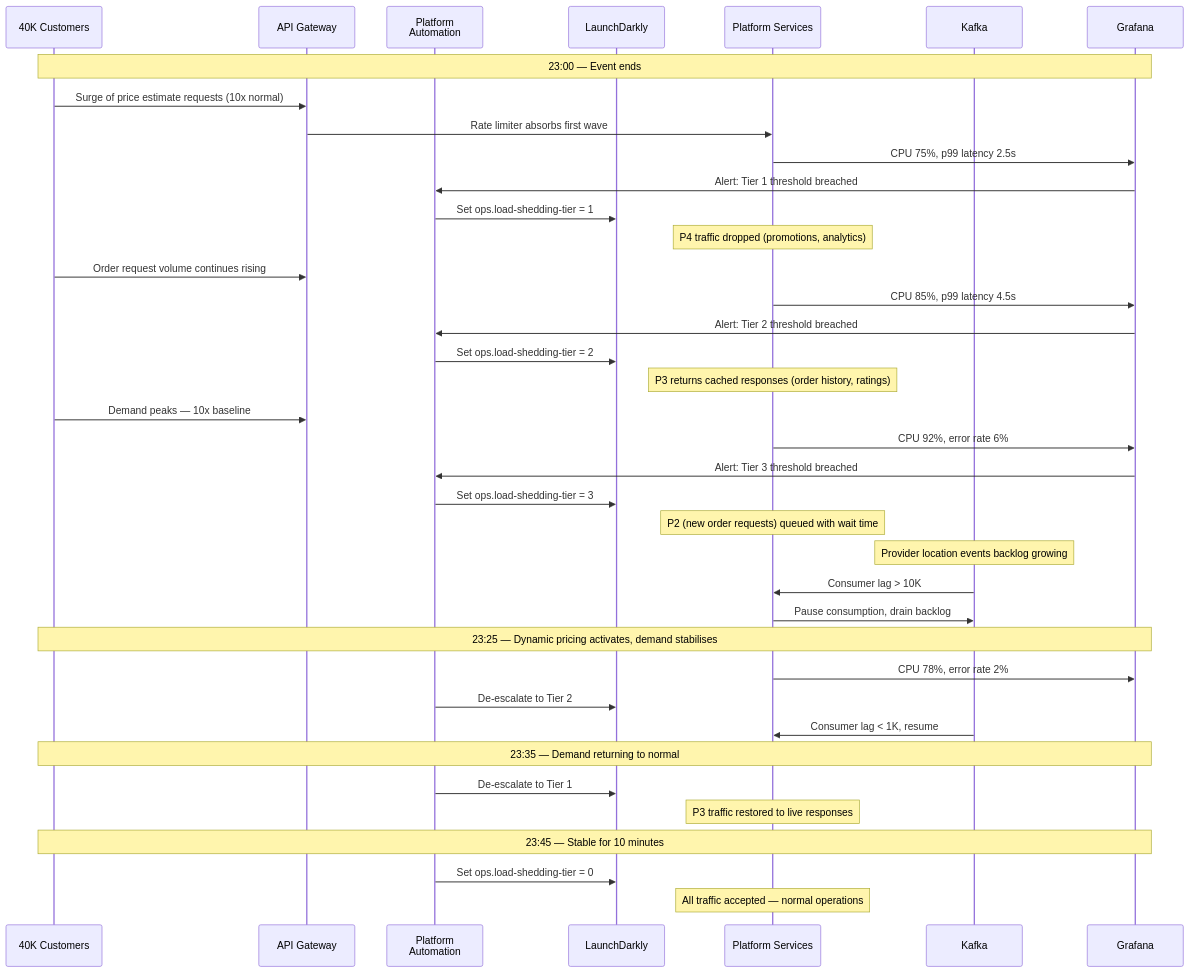
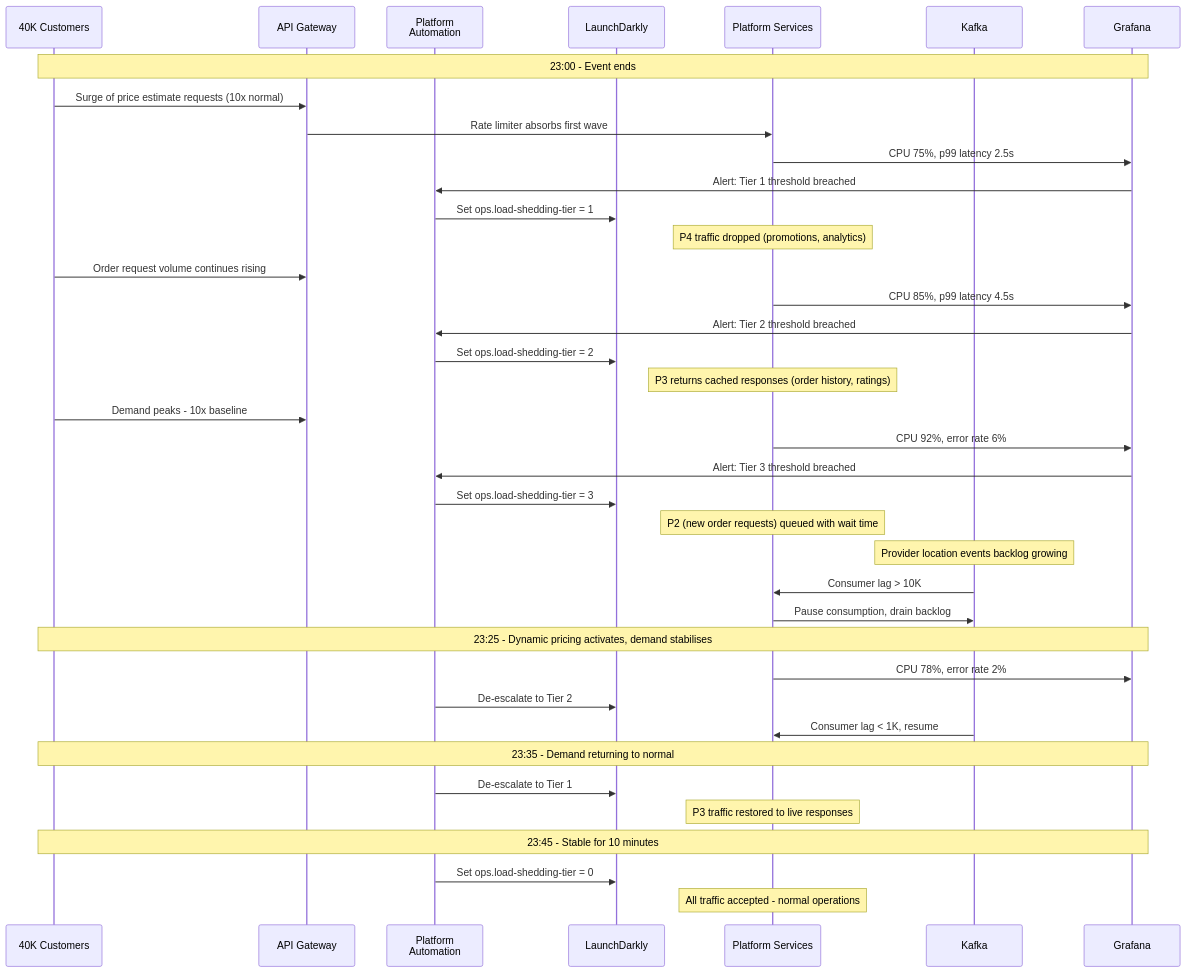
Before and after one commit to rishikeshdhokare/platform-manifesto: the third of 4 diagrams in 05-operational-excellence/05-load-shedding.md, drawn with Mermaid. The commit also changed other lines of this file and 20 other files, not shown here.

````diff
--- a/05-operational-excellence/05-load-shedding.md
+++ b/05-operational-excellence/05-load-shedding.md
@@ -498,54 +498,54 @@
 ```mermaid
 sequenceDiagram
     participant Customers as 40K Customers
     participant GW as API Gateway
     participant Platform as Platform<br/>Automation
     participant LD as LaunchDarkly
     participant Services as Platform Services
     participant Kafka as Kafka
     participant Grafana as Grafana
 
-    Note over Customers,Grafana: 23:00 — Event ends
+    Note over Customers,Grafana: 23:00 - Event ends
 
     Customers->>GW: Surge of price estimate requests (10x normal)
     GW->>Services: Rate limiter absorbs first wave
     Services->>Grafana: CPU 75%, p99 latency 2.5s
 
     Grafana->>Platform: Alert: Tier 1 threshold breached
     Platform->>LD: Set ops.load-shedding-tier = 1
     Note over Services: P4 traffic dropped (promotions, analytics)
 
     Customers->>GW: Order request volume continues rising
     Services->>Grafana: CPU 85%, p99 latency 4.5s
 
     Grafana->>Platform: Alert: Tier 2 threshold breached
     Platform->>LD: Set ops.load-shedding-tier = 2
     Note over Services: P3 returns cached responses (order history, ratings)
 
-    Customers->>GW: Demand peaks — 10x baseline
+    Customers->>GW: Demand peaks - 10x baseline
     Services->>Grafana: CPU 92%, error rate 6%
 
     Grafana->>Platform: Alert: Tier 3 threshold breached
     Platform->>LD: Set ops.load-shedding-tier = 3
     Note over Services: P2 (new order requests) queued with wait time
 
     Note over Kafka: Provider location events backlog growing
     Kafka->>Services: Consumer lag > 10K
     Services->>Kafka: Pause consumption, drain backlog
 
-    Note over Customers,Grafana: 23:25 — Dynamic pricing activates, demand stabilises
+    Note over Customers,Grafana: 23:25 - Dynamic pricing activates, demand stabilises
 
     Services->>Grafana: CPU 78%, error rate 2%
     Platform->>LD: De-escalate to Tier 2
     Kafka->>Services: Consumer lag < 1K, resume
 
-    Note over Customers,Grafana: 23:35 — Demand returning to normal
+    Note over Customers,Grafana: 23:35 - Demand returning to normal
 
     Platform->>LD: De-escalate to Tier 1
     Note over Services: P3 traffic restored to live responses
 
-    Note over Customers,Grafana: 23:45 — Stable for 10 minutes
+    Note over Customers,Grafana: 23:45 - Stable for 10 minutes
 
     Platform->>LD: Set ops.load-shedding-tier = 0
-    Note over Services: All traffic accepted — normal operations
+    Note over Services: All traffic accepted - normal operations
 ```
````
